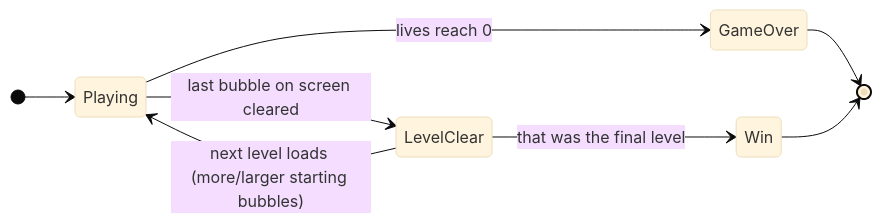
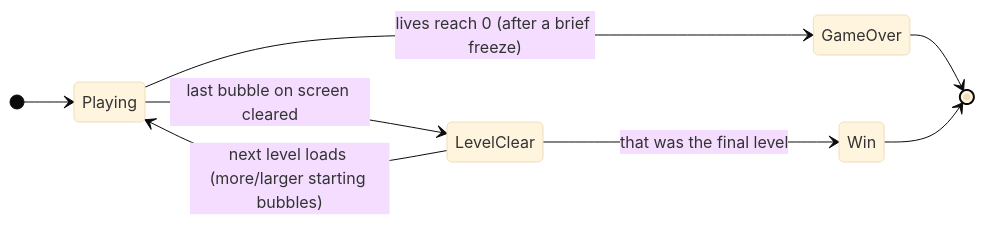
One commit to ronifranck22-cmd/BubbleTrouble changed the first of 2 diagrams in Docs/GDD.md. Above: the diagram before and after it, drawn with Mermaid (base theme). The commit also changed other lines of this file and 4 other files, not shown here.

````diff
--- a/Docs/GDD.md
+++ b/Docs/GDD.md
@@ -42,11 +42,11 @@
 ```mermaid
 stateDiagram-v2
     direction LR
     [*] --> Playing
     Playing --> LevelClear: last bubble on screen cleared
     LevelClear --> Playing: next level loads (more/larger starting bubbles)
     LevelClear --> Win: that was the final level
-    Playing --> GameOver: lives reach 0
+    Playing --> GameOver: lives reach 0 (after a brief freeze)
     GameOver --> [*]
     Win --> [*]
 ```
````
